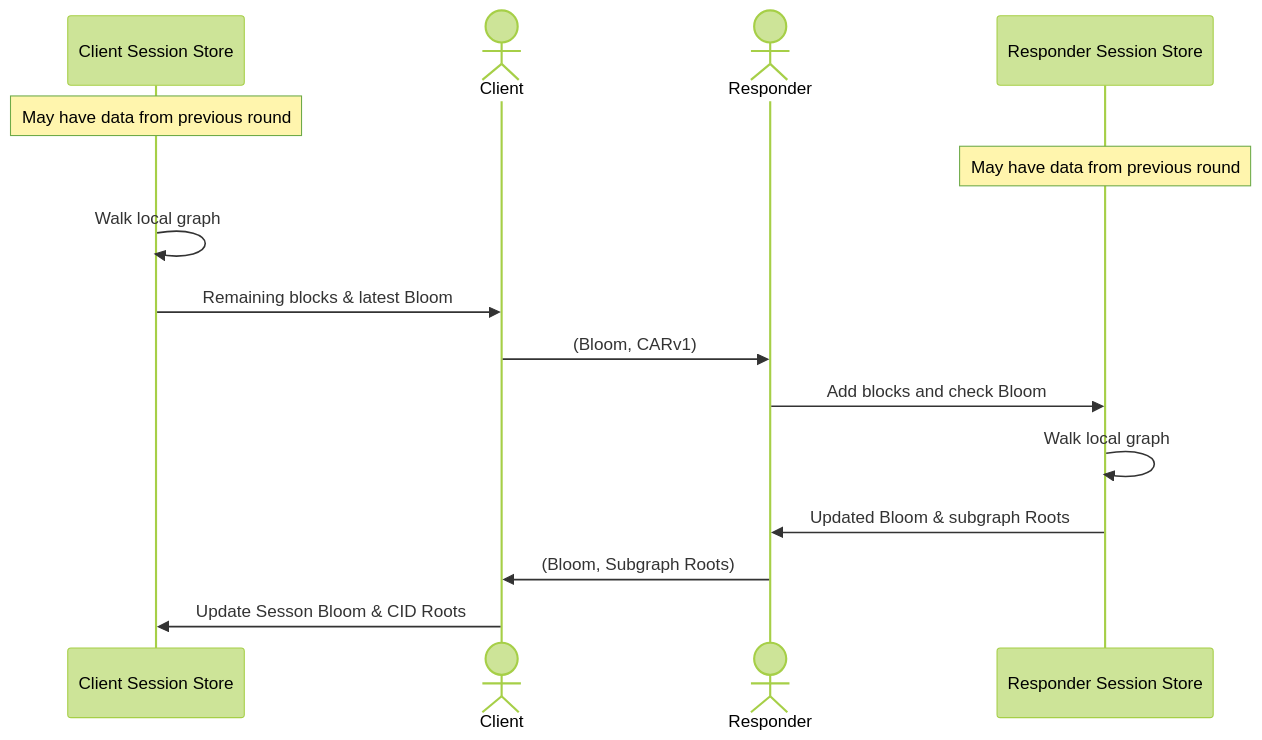
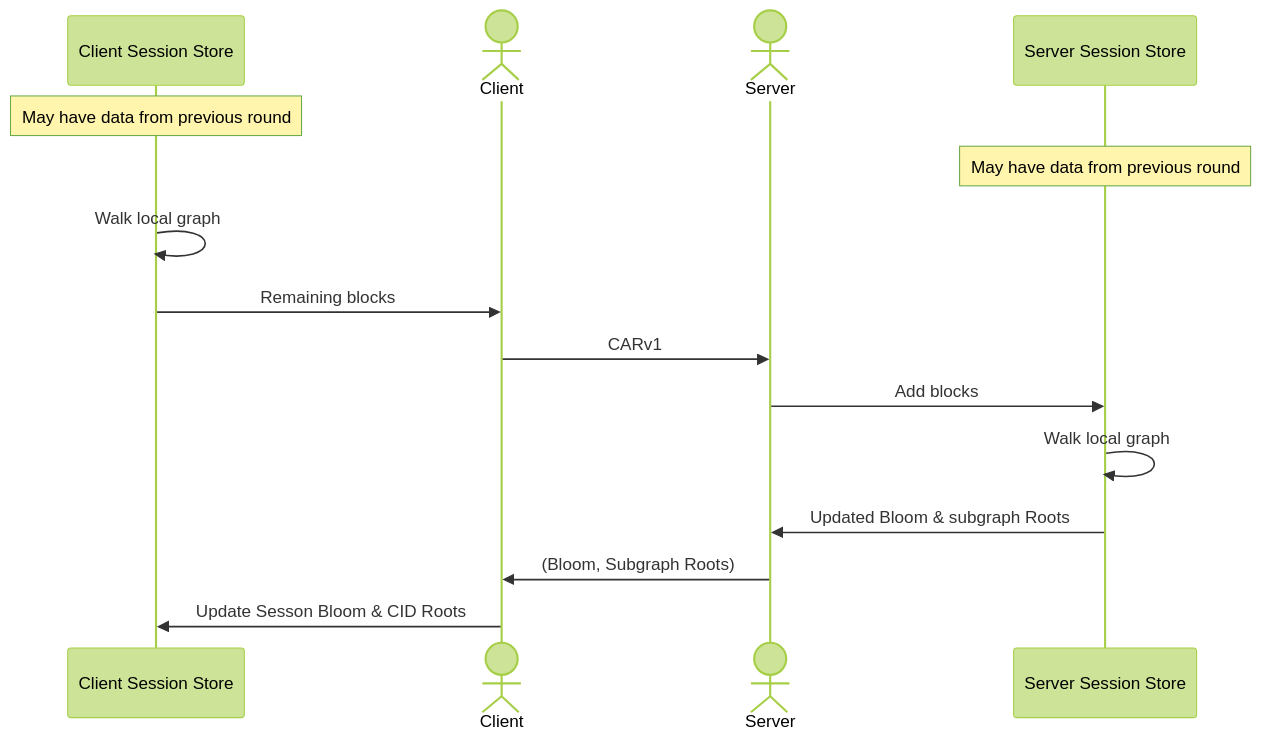
Before and after one commit to wnfs-wg/car-mirror-spec: the fourth of 4 diagrams in README.md, drawn with Mermaid (forest theme). The commit also changed other lines of this file, not shown here.

````diff
--- a/README.md
+++ b/README.md
@@ -268,19 +270,19 @@
 ```mermaid
 sequenceDiagram
     participant Client Session Store
     actor Client
-    actor Responder
-    participant Responder Session Store
+    actor Server
+    participant Server Session Store
 
     Note over Client Session Store: May have data from previous round
-    Note over Responder Session Store: May have data from previous round
+    Note over Server Session Store: May have data from previous round
 
     Client Session Store ->> Client Session Store: Walk local graph
-    Client Session Store ->> Client: Remaining blocks & latest Bloom
-    Client ->> Responder: (Bloom, CARv1)
-    Responder ->> Responder Session Store: Add blocks and check Bloom
-    Responder Session Store ->> Responder Session Store: Walk local graph
-    Responder Session Store ->> Responder: Updated Bloom & subgraph Roots
-    Responder ->> Client: (Bloom, Subgraph Roots)
+    Client Session Store ->> Client: Remaining blocks
+    Client ->> Server: CARv1
+    Server ->> Server Session Store: Add blocks
+    Server Session Store ->> Server Session Store: Walk local graph
+    Server Session Store ->> Server: Updated Bloom & subgraph Roots
+    Server ->> Client: (Bloom, Subgraph Roots)
     Client ->> Client Session Store: Update Sesson Bloom & CID Roots
 ```
````
